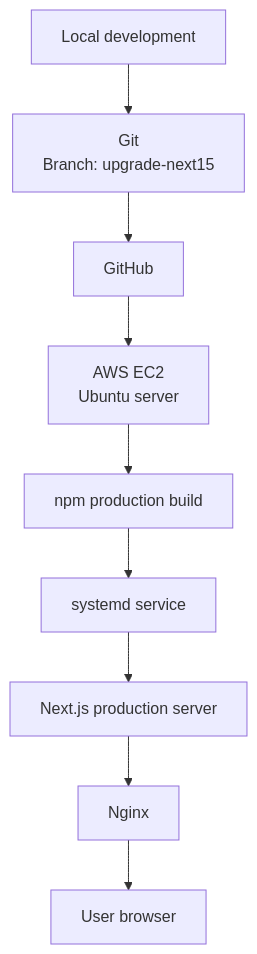
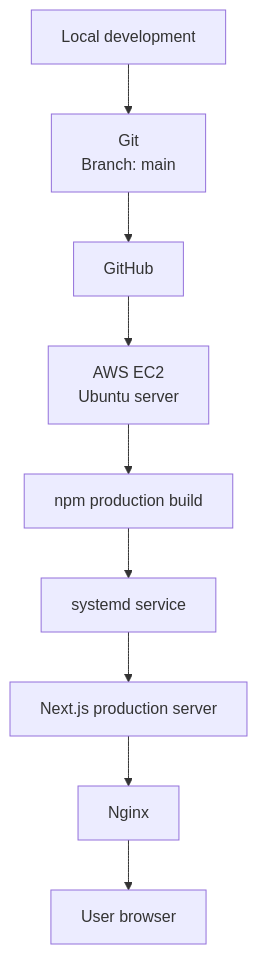
One commit to steva81/Livskraft changed the second of 2 diagrams in ARCHITECTURE.md. Above: the diagram before and after it, drawn with Mermaid.

Commit message:
Update architecture branch name

````diff
--- a/ARCHITECTURE.md
+++ b/ARCHITECTURE.md
@@ -59,11 +59,11 @@
 ```mermaid
 flowchart TD
-    local["Local development"] --> git["Git<br/>Branch: upgrade-next15"]
+    local["Local development"] --> git["Git<br/>Branch: main"]
     git --> github["GitHub"]
     github --> ec2["AWS EC2<br/>Ubuntu server"]
     ec2 --> build["npm production build"]
     build --> service["systemd service"]
     service --> next["Next.js production server"]
     next --> nginx["Nginx"]
     nginx --> browser["User browser"]
 ```
````
